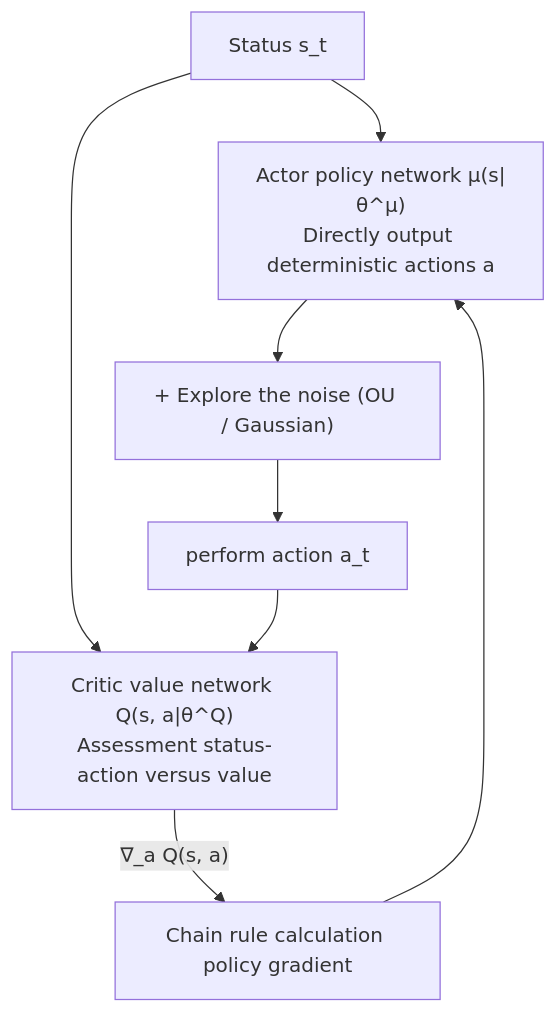
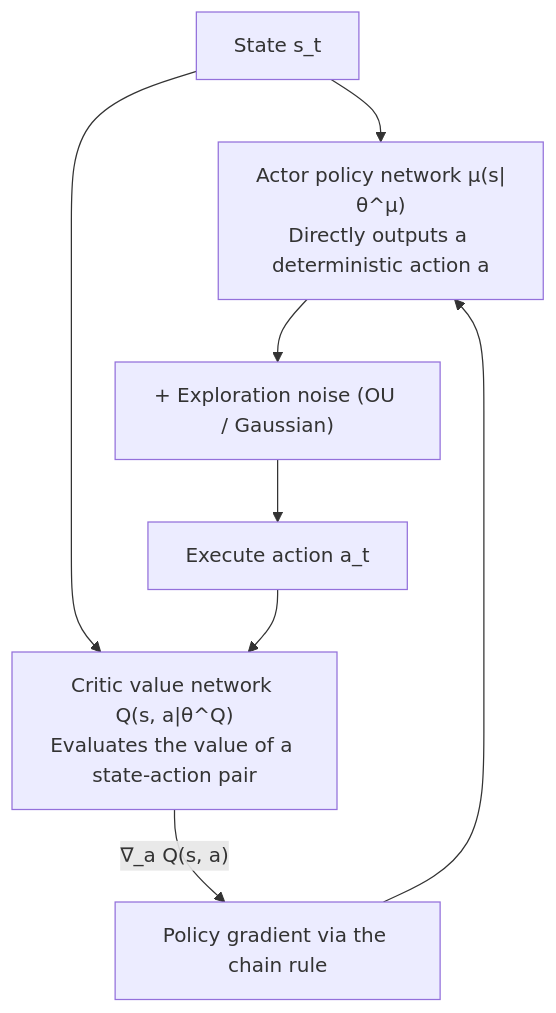
One commit to TingdeLiu/tingdeliu.github.io changed diagram 14 of 24 in _translations/en/research/Reinforcement-Learning-Survey.md. Above: the diagram before and after it, drawn with Mermaid. The commit also changed other lines of this file and 51 other files, not shown here.

````diff
--- a/_translations/en/research/Reinforcement-Learning-Survey.md
+++ b/_translations/en/research/Reinforcement-Learning-Survey.md
@@ -1148,9 +1148,9 @@
 ```mermaid
 graph TD
-    S["Status s_t"] --> Actor["Actor policy network μ(s|θ^μ)<br/>Directly output deterministic actions a"]
-    Actor --> Noise["+ Explore the noise (OU / Gaussian)"] --> ActReal["perform action a_t"]
-    S --> Critic["Critic value network Q(s, a|θ^Q)<br/>Assessment status-action versus value"]
+    S["State s_t"] --> Actor["Actor policy network μ(s|θ^μ)<br/>Directly outputs a deterministic action a"]
+    Actor --> Noise["+ Exploration noise (OU / Gaussian)"] --> ActReal["Execute action a_t"]
+    S --> Critic["Critic value network Q(s, a|θ^Q)<br/>Evaluates the value of a state-action pair"]
     ActReal --> Critic
-    Critic -->|"∇_a Q(s, a)"| Grad["Chain rule calculation policy gradient"]
+    Critic -->|"∇_a Q(s, a)"| Grad["Policy gradient via the chain rule"]
     Grad --> Actor
 ```
````
